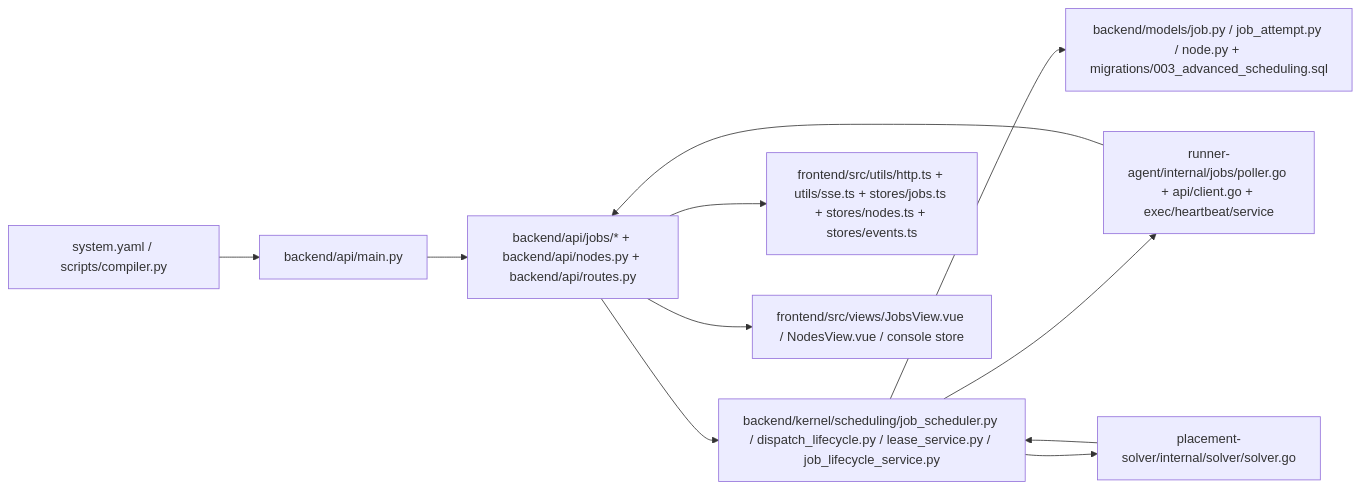
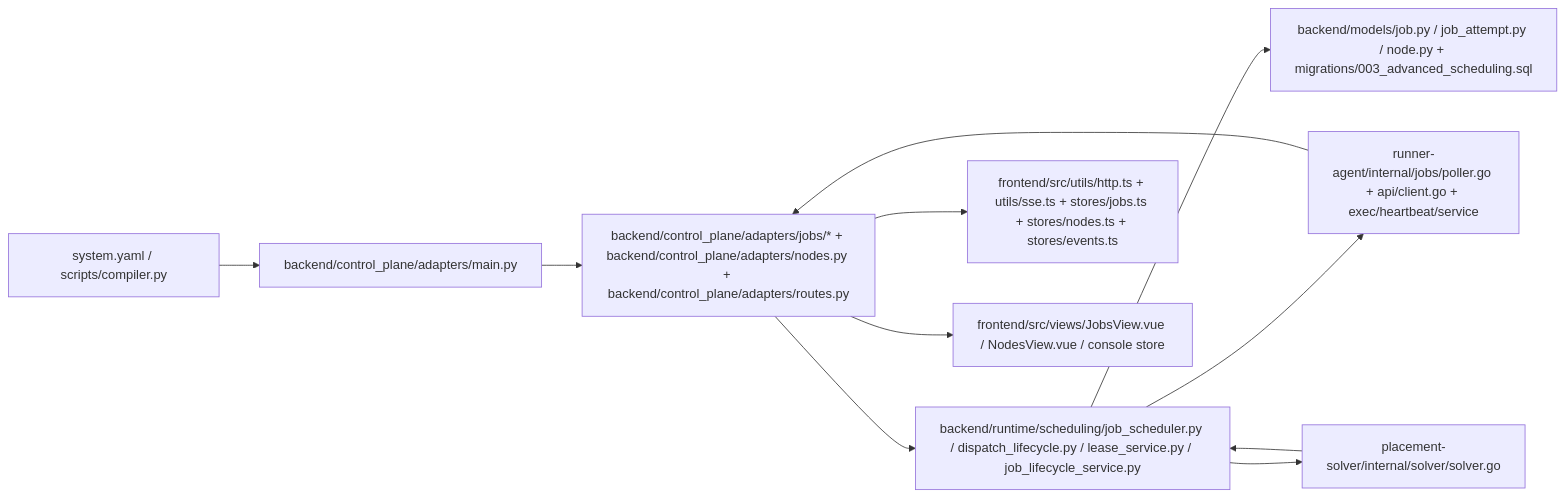
The diagram in docs/audits/execution-chain-report-2026-04-07.md (zhe9898/1), drawn with Mermaid before and after one commit. The commit also changed other lines of this file and 435 other files, not shown here.

Commit message:
refactor: finish governed five-domain architecture

````diff
--- a/docs/audits/execution-chain-report-2026-04-07.md
+++ b/docs/audits/execution-chain-report-2026-04-07.md
@@ -24,13 +24,13 @@
 ```mermaid
 flowchart LR
-    A["system.yaml / scripts/compiler.py"] --> B["backend/api/main.py"]
-    B --> C["backend/api/jobs/* + backend/api/nodes.py + backend/api/routes.py"]
-    C --> D["backend/kernel/scheduling/job_scheduler.py / dispatch_lifecycle.py / lease_service.py / job_lifecycle_service.py"]
+    A["system.yaml / scripts/compiler.py"] --> B["backend/control_plane/adapters/main.py"]
+    B --> C["backend/control_plane/adapters/jobs/* + backend/control_plane/adapters/nodes.py + backend/control_plane/adapters/routes.py"]
+    C --> D["backend/runtime/scheduling/job_scheduler.py / dispatch_lifecycle.py / lease_service.py / job_lifecycle_service.py"]
     D --> E["backend/models/job.py / job_attempt.py / node.py + migrations/003_advanced_scheduling.sql"]
     D --> F["runner-agent/internal/jobs/poller.go + api/client.go + exec/heartbeat/service"]
     D --> G["placement-solver/internal/solver/solver.go"]
     C --> H["frontend/src/utils/http.ts + utils/sse.ts + stores/jobs.ts + stores/nodes.ts + stores/events.ts"]
     F --> C
     G --> D
     C --> I["frontend/src/views/JobsView.vue / NodesView.vue / console store"]
 ```
````
